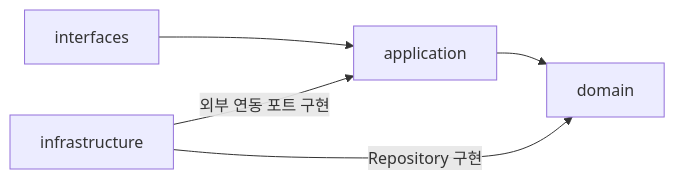
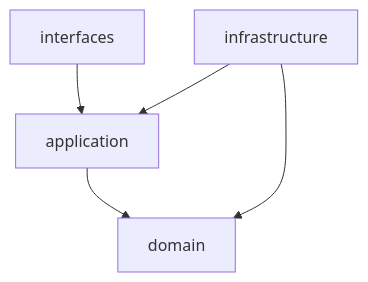
Before and after one commit to loopers-labs/loop-pack-be-l2-vol5-java: the second of 2 diagrams in docs/system-design/system-overview.md, drawn with Mermaid. The commit also changed other lines of this file and 19 other files, not shown here.

````diff
--- a/docs/system-design/system-overview.md
+++ b/docs/system-design/system-overview.md
@@ -30,6 +35,6 @@
 ```mermaid
-flowchart LR
+flowchart TB
     interfaces --> application --> domain
-    infrastructure -->|Repository 구현| domain
-    infrastructure -->|외부 연동 포트 구현| application
+    infrastructure --> application
+    infrastructure --> domain
 ```
````
